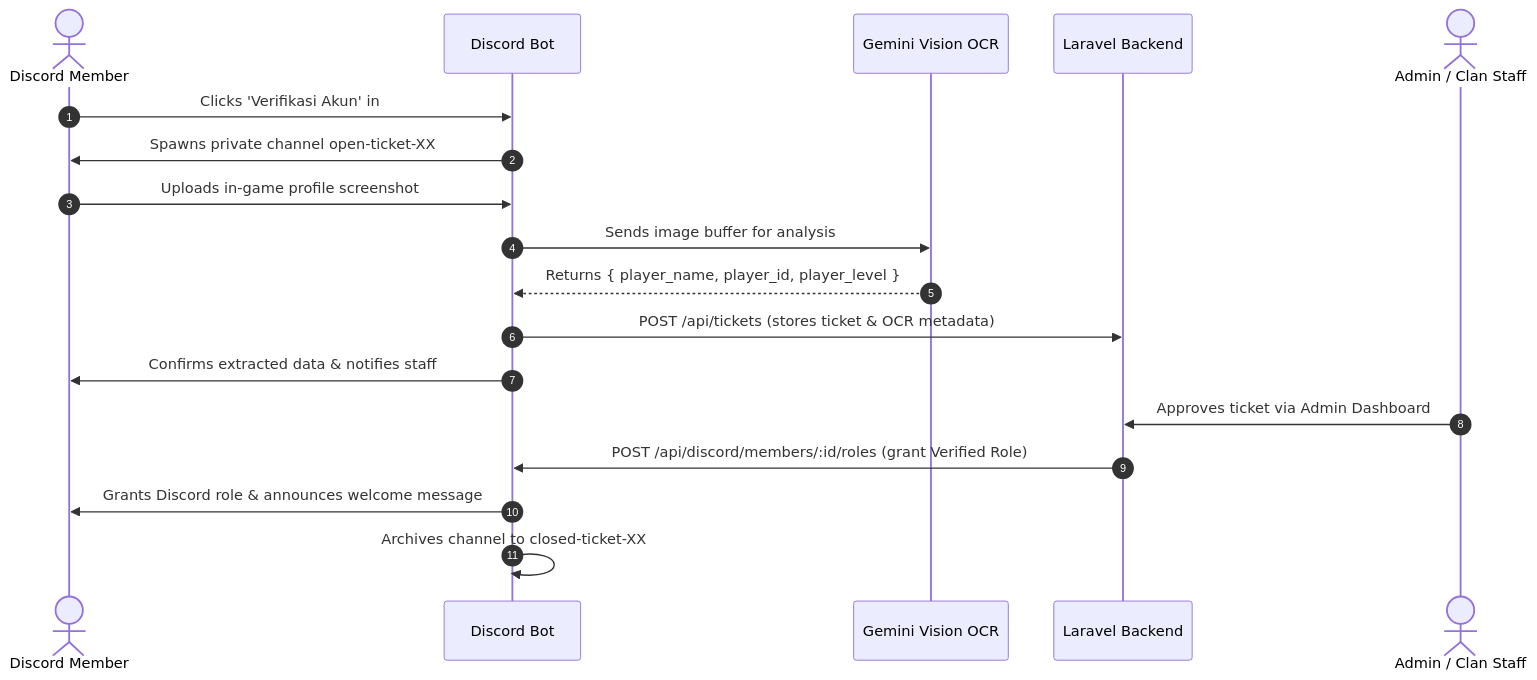
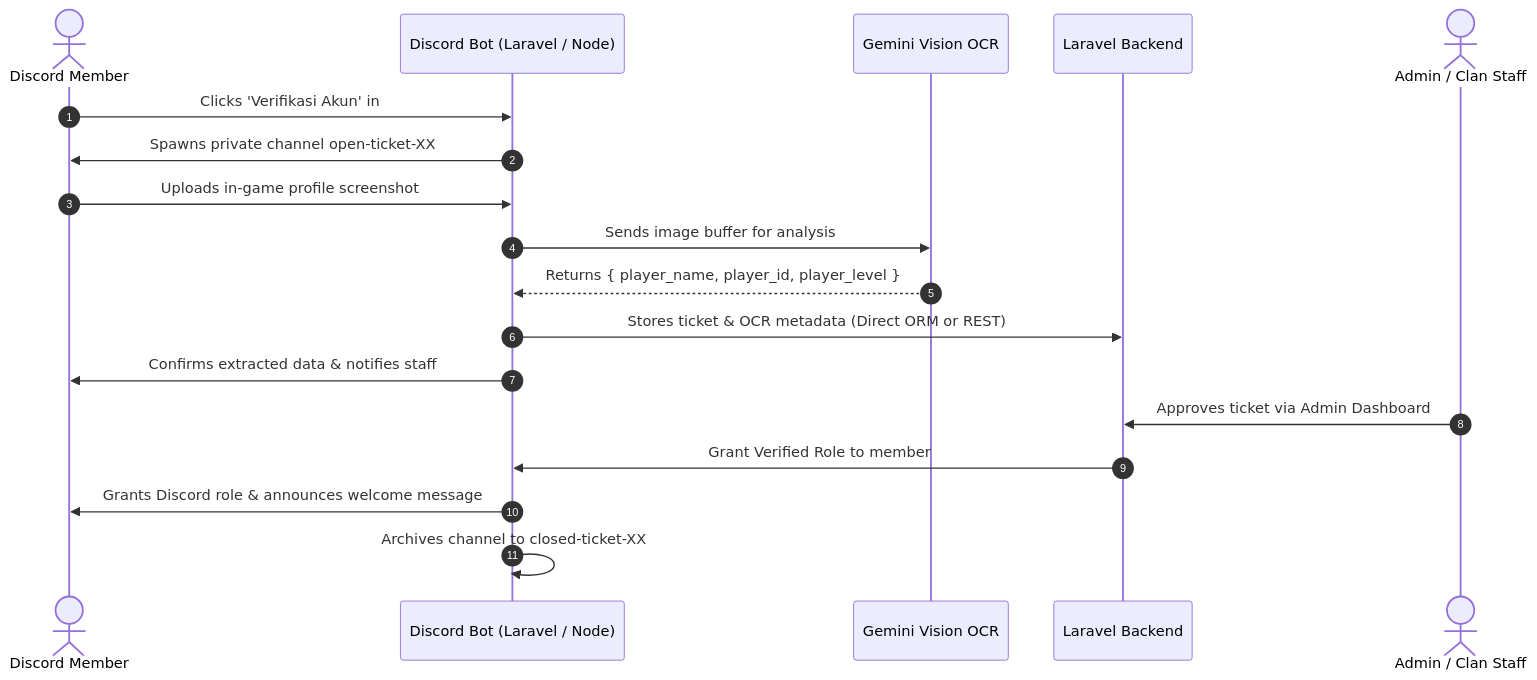
One commit to jhustinn/discord-bot-aries changed the third of 3 diagrams in docs/architecture/ARCHITECTURE.md. Above: the diagram before and after it, drawn with Mermaid. The commit also changed other lines of this file and 7 other files, not shown here.

Commit message:
docs: update full documentation for Laravel 12.71.0 and native DiscordPHP bot engine

````diff
--- a/docs/architecture/ARCHITECTURE.md
+++ b/docs/architecture/ARCHITECTURE.md
@@ -55,21 +94,21 @@
 ```mermaid
 sequenceDiagram
     autonumber
     actor User as Discord Member
-    participant Bot as Discord Bot
+    participant Bot as Discord Bot (Laravel / Node)
     participant OCR as Gemini Vision OCR
     participant API as Laravel Backend
     actor Staff as Admin / Clan Staff
 
     User->>Bot: Clicks 'Verifikasi Akun' in #welcome
     Bot->>User: Spawns private channel open-ticket-XX
     User->>Bot: Uploads in-game profile screenshot
     Bot->>OCR: Sends image buffer for analysis
     OCR-->>Bot: Returns { player_name, player_id, player_level }
-    Bot->>API: POST /api/tickets (stores ticket & OCR metadata)
+    Bot->>API: Stores ticket & OCR metadata (Direct ORM or REST)
     Bot->>User: Confirms extracted data & notifies staff
     Staff->>API: Approves ticket via Admin Dashboard
-    API->>Bot: POST /api/discord/members/:id/roles (grant Verified Role)
+    API->>Bot: Grant Verified Role to member
     Bot->>User: Grants Discord role & announces welcome message
     Bot->>Bot: Archives channel to closed-ticket-XX
 ```
````
